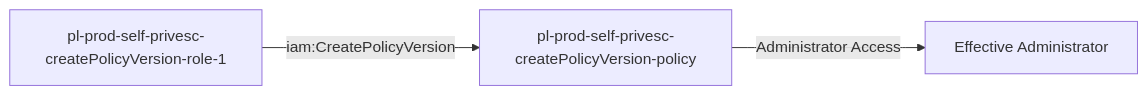
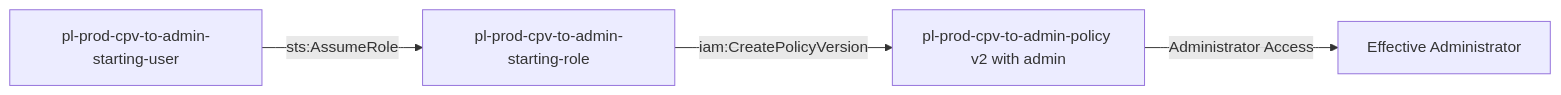
The diagram in modules/scenarios/single-account/privesc-self-escalation/to-admin/iam-createpolicyversion/README.md (DataDog/pathfinding-labs), drawn with Mermaid before and after one commit. The commit also changed other lines of this file and 166 other files, not shown here.

````diff
--- a/modules/scenarios/single-account/privesc-self-escalation/to-admin/iam-createpolicyversion/README.md
+++ b/modules/scenarios/single-account/privesc-self-escalation/to-admin/iam-createpolicyversion/README.md
@@ -20,5 +20,6 @@
 ```mermaid
 graph LR
-    A[pl-prod-self-privesc-createPolicyVersion-role-1] -->|iam:CreatePolicyVersion| B[pl-prod-self-privesc-createPolicyVersion-policy]    
-    B -->|Administrator Access| C[Effective Administrator]
+    A[pl-prod-cpv-to-admin-starting-user] -->|sts:AssumeRole| B[pl-prod-cpv-to-admin-starting-role]
+    B -->|iam:CreatePolicyVersion| C[pl-prod-cpv-to-admin-policy v2 with admin]
+    C -->|Administrator Access| D[Effective Administrator]
 ```
````
